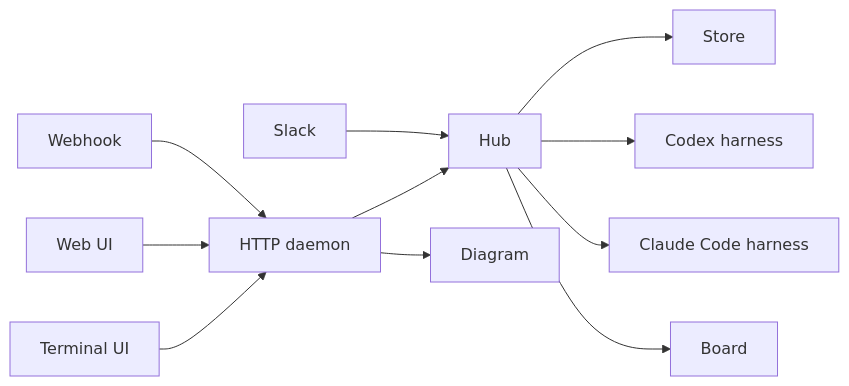
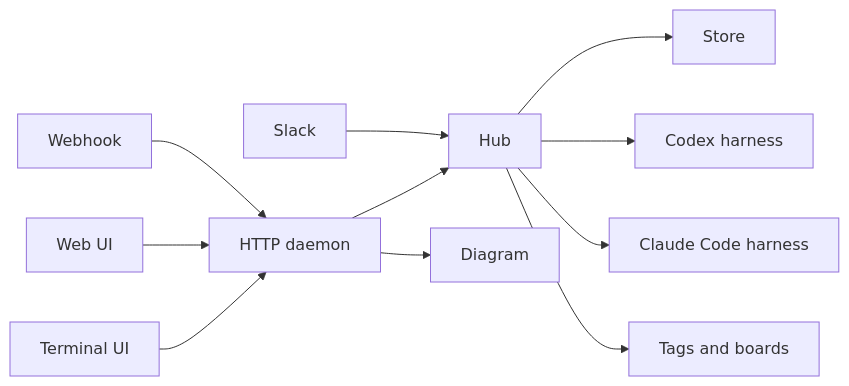
Before and after one commit to RohanAdwankar/oxroute: the diagram in docs/architecture.mmd, drawn with Mermaid. The commit also changed 22 other files, not shown here.

First line of the commit message:
Tags on sessions, and boards arranged by them

```diff
--- a/docs/architecture.mmd
+++ b/docs/architecture.mmd
@@ -1,35 +1,35 @@
 graph LR
     slack[Slack]
     webhook[Webhook]
     hub[Hub]
     store[Store]
     codex[Codex harness]
     claude[Claude Code harness]
     daemon[HTTP daemon]
     web[Web UI]
     tui[Terminal UI]
-    board[Board]
+    tags[Tags and boards]
     diagram[Diagram]
 
     slack --> hub
     webhook --> daemon
     web --> daemon
     tui --> daemon
     daemon --> hub
     daemon --> diagram
     hub --> store
     hub --> codex
     hub --> claude
-    hub --> board
+    hub --> tags
 
 %% OXDRAW CODE slack crates/oxroute-core/src/source/slack.rs
 %% OXDRAW CODE webhook crates/oxroute-daemon/src/main.rs def:ingest
 %% OXDRAW CODE hub crates/oxroute-core/src/hub.rs def:Hub
 %% OXDRAW CODE store crates/oxroute-core/src/store.rs def:Store
 %% OXDRAW CODE codex crates/oxroute-core/src/agent/codex.rs
 %% OXDRAW CODE claude crates/oxroute-core/src/agent/claude.rs
 %% OXDRAW CODE daemon crates/oxroute-daemon/src/main.rs
 %% OXDRAW CODE web app/page.tsx
 %% OXDRAW CODE tui crates/oxroute-tui/src/main.rs
-%% OXDRAW CODE board crates/oxroute-core/src/board.rs
+%% OXDRAW CODE tags crates/oxroute-core/src/tags.rs def:arrange
 %% OXDRAW CODE diagram crates/oxroute-daemon/src/diagram.rs
```
